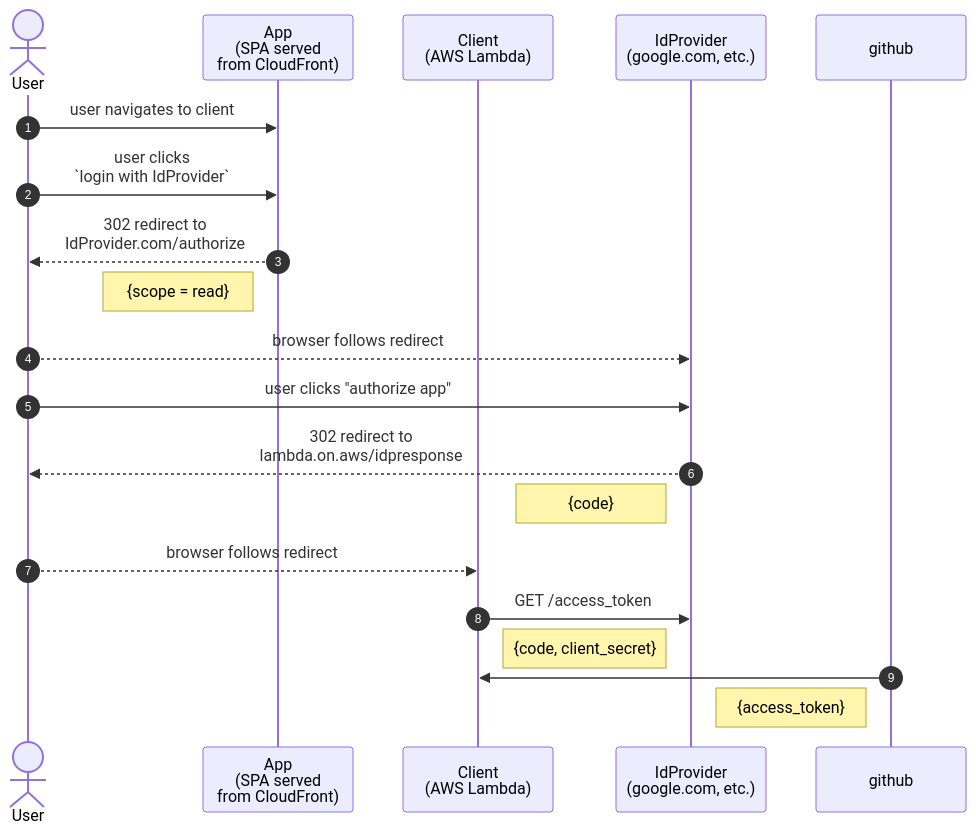
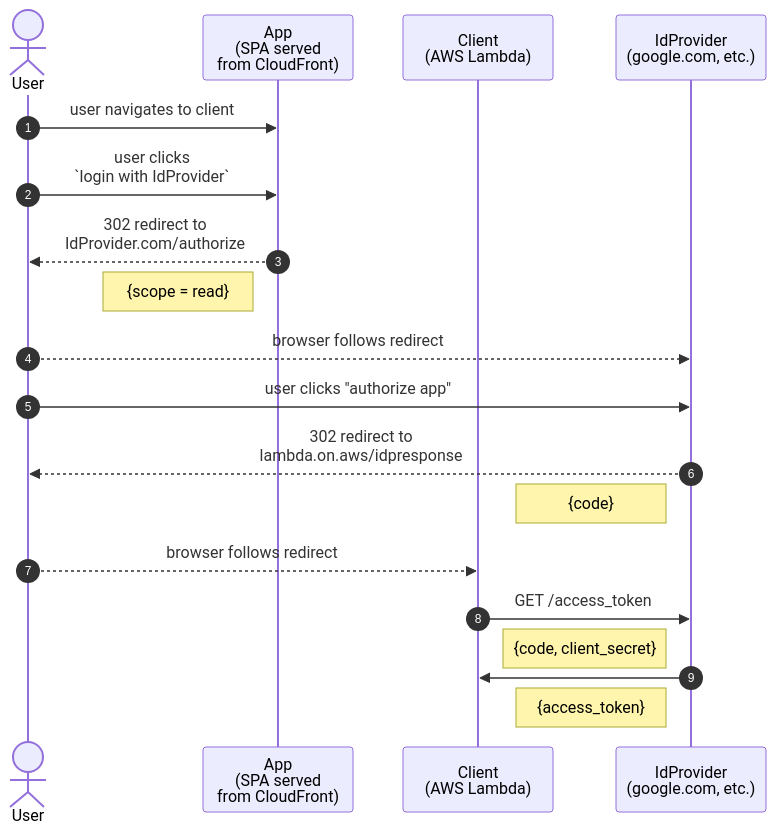
Before and after one commit to shorn/zinc: the diagram in aws-infra/lambda/doc/oauth-oidc.md, drawn with Mermaid.

````diff
--- a/aws-infra/lambda/doc/oauth-oidc.md
+++ b/aws-infra/lambda/doc/oauth-oidc.md
@@ -35,24 +35,24 @@
 ```mermaid
 sequenceDiagram
 autonumber
 actor user as User
 participant app as App<br/>(SPA served<br/>from CloudFront) 
 participant client as Client<br/>(AWS Lambda)
 participant idp as IdProvider<br/>(google.com, etc.)
 
 user->>app: user navigates to client
 user->>app: user clicks<br/>`login with IdProvider`
 app-->>user: 302 redirect to<br/>IdProvider.com/authorize
 note left of app: {scope = read}
 
 user-->>idp: browser follows redirect
 user->>idp: user clicks "authorize app" 
 idp-->>user: 302 redirect to<br/>lambda.on.aws/idpresponse
 note left of idp: {code}
 user-->>client: browser follows redirect
 
 client->>idp: GET /access_token
 note right of client: {code, client_secret}
-github->>client: 
-note left of github: {access_token} 
+idp->>client: 
+note left of idp: {access_token} 
 ```
````
